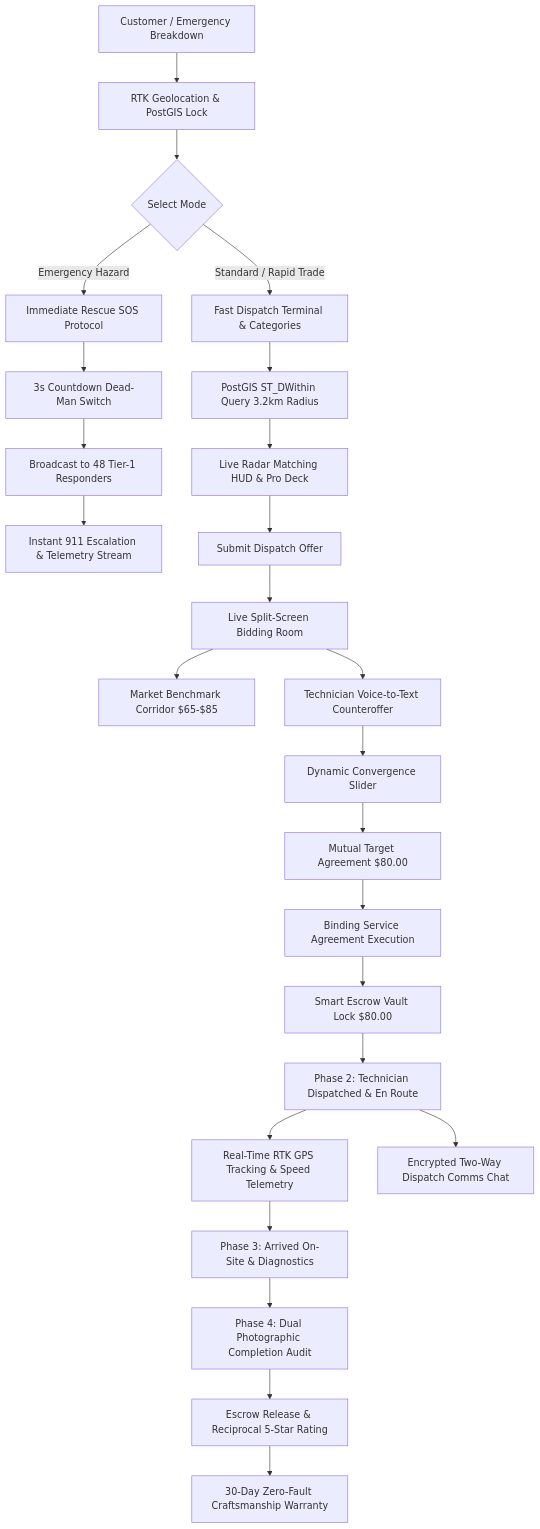
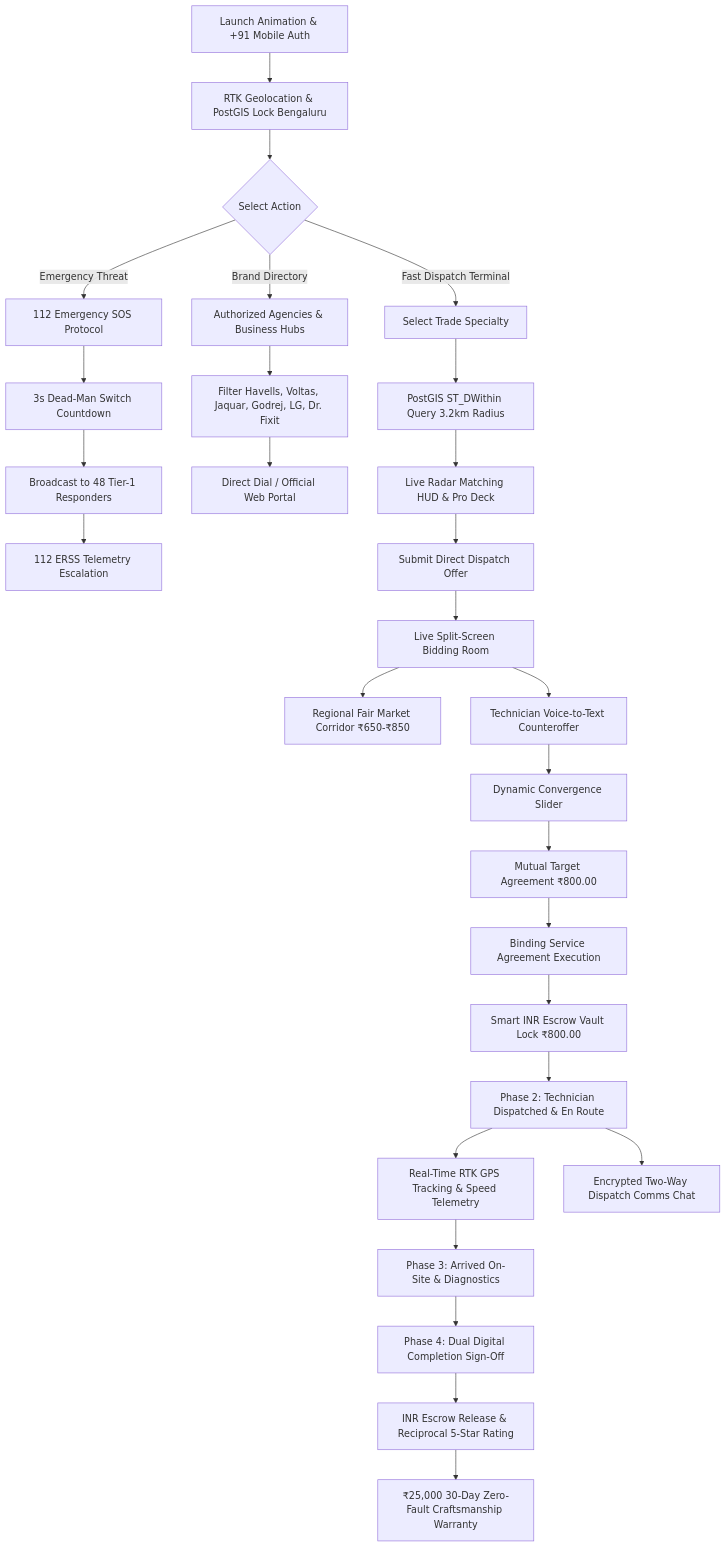
Before and after one commit to DebadyutiBarui2007-Debug/Aegis_Craft: the first of 2 diagrams in README.md, drawn with Mermaid. The commit also changed other lines of this file and 21 other files, not shown here.

````diff
--- a/README.md
+++ b/README.md
@@ -57,32 +75,37 @@
 ```mermaid
 flowchart TD
-    A[Customer / Emergency Breakdown] --> B[RTK Geolocation & PostGIS Lock]
-    B --> C{Select Mode}
-    C -->|Emergency Hazard| D[Immediate Rescue SOS Protocol]
-    D --> E[3s Countdown Dead-Man Switch]
+    A[Launch Animation & +91 Mobile Auth] --> B[RTK Geolocation & PostGIS Lock Bengaluru]
+    B --> C{Select Action}
+    
+    C -->|Emergency Threat| D[112 Emergency SOS Protocol]
+    D --> E[3s Dead-Man Switch Countdown]
     E --> F[Broadcast to 48 Tier-1 Responders]
-    F --> G[Instant 911 Escalation & Telemetry Stream]
+    F --> G[112 ERSS Telemetry Escalation]
     
-    C -->|Standard / Rapid Trade| H[Fast Dispatch Terminal & Categories]
-    H --> I[PostGIS ST_DWithin Query 3.2km Radius]
-    I --> J[Live Radar Matching HUD & Pro Deck]
-    J --> K[Submit Dispatch Offer]
+    C -->|Brand Directory| H[Authorized Agencies & Business Hubs]
+    H --> I[Filter Havells, Voltas, Jaquar, Godrej, LG, Dr. Fixit]
+    I --> J[Direct Dial / Official Web Portal]
     
-    K --> L[Live Split-Screen Bidding Room]
-    L --> M[Market Benchmark Corridor $65-$85]
-    L --> N[Technician Voice-to-Text Counteroffer]
-    N --> O[Dynamic Convergence Slider]
-    O --> P[Mutual Target Agreement $80.00]
+    C -->|Fast Dispatch Terminal| K[Select Trade Specialty]
+    K --> L[PostGIS ST_DWithin Query 3.2km Radius]
+    L --> M[Live Radar Matching HUD & Pro Deck]
+    M --> N[Submit Direct Dispatch Offer]
     
-    P --> Q[Binding Service Agreement Execution]
-    Q --> R[Smart Escrow Vault Lock $80.00]
-    R --> S[Phase 2: Technician Dispatched & En Route]
+    N --> O[Live Split-Screen Bidding Room]
+    O --> P[Regional Fair Market Corridor ₹650-₹850]
+    O --> Q[Technician Voice-to-Text Counteroffer]
+    Q --> R[Dynamic Convergence Slider]
+    R --> S[Mutual Target Agreement ₹800.00]
     
-    S --> T[Real-Time RTK GPS Tracking & Speed Telemetry]
-    S --> U[Encrypted Two-Way Dispatch Comms Chat]
+    S --> T[Binding Service Agreement Execution]
+    T --> U[Smart INR Escrow Vault Lock ₹800.00]
+    U --> V[Phase 2: Technician Dispatched & En Route]
     
-    T --> V[Phase 3: Arrived On-Site & Diagnostics]
-    V --> W[Phase 4: Dual Photographic Completion Audit]
-    W --> X[Escrow Release & Reciprocal 5-Star Rating]
-    X --> Y[30-Day Zero-Fault Craftsmanship Warranty]
+    V --> W[Real-Time RTK GPS Tracking & Speed Telemetry]
+    V --> X[Encrypted Two-Way Dispatch Comms Chat]
+    
+    W --> Y[Phase 3: Arrived On-Site & Diagnostics]
+    Y --> Z[Phase 4: Dual Digital Completion Sign-Off]
+    Z --> AA[INR Escrow Release & Reciprocal 5-Star Rating]
+    AA --> AB[₹25,000 30-Day Zero-Fault Craftsmanship Warranty]
 ```
````
